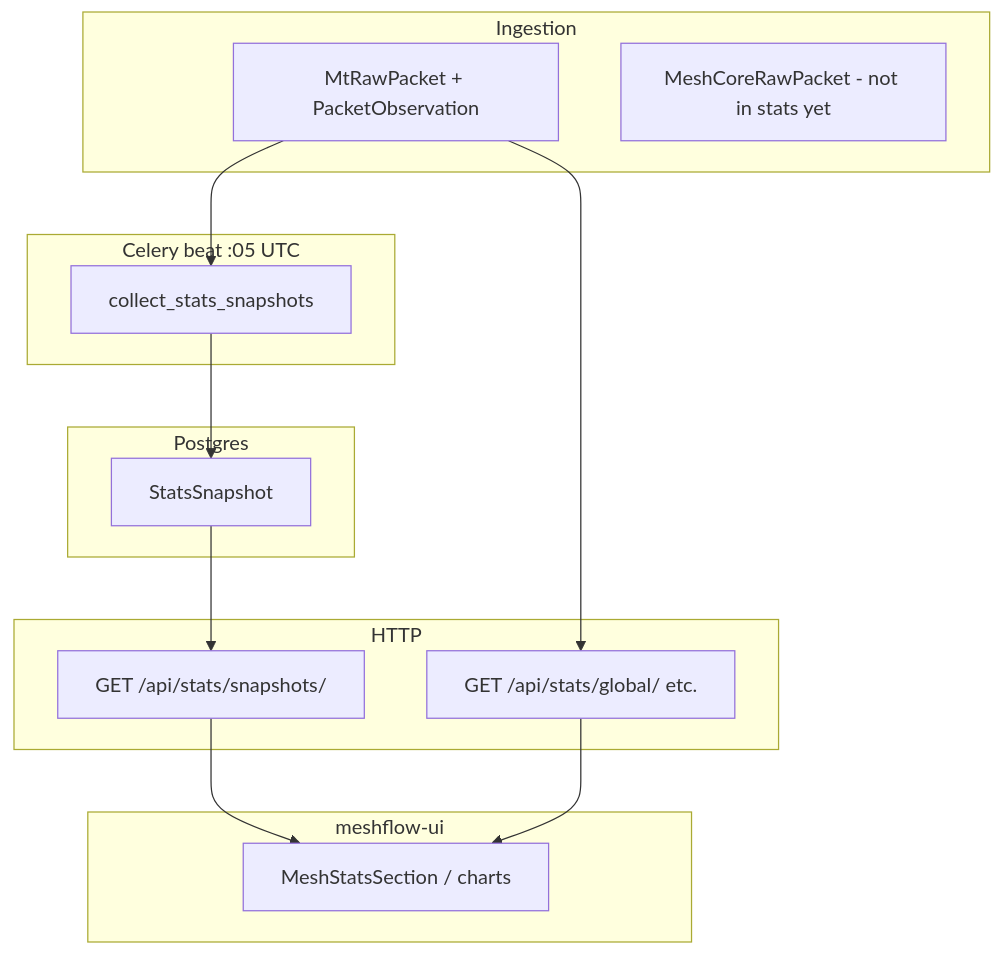
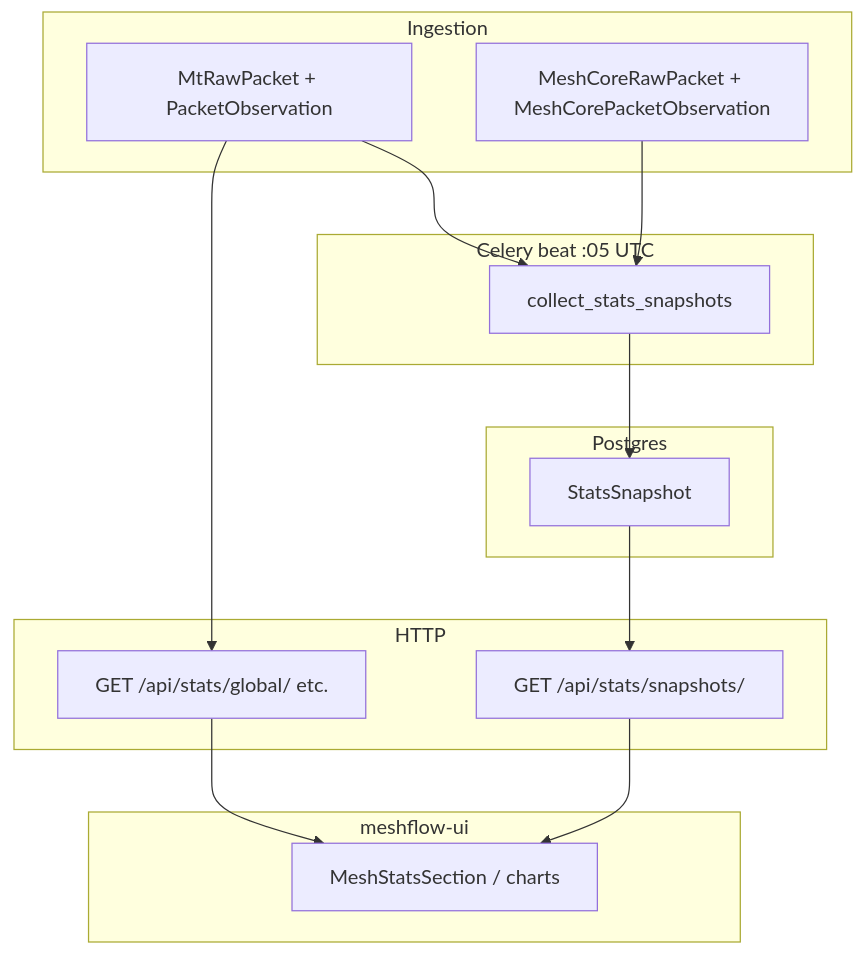
The diagram in docs/features/packet-stats/README.md (pskillen/meshflow-api), drawn with Mermaid before and after one commit. The commit also changed other lines of this file and 5 other files, not shown here.

Commit message:
docs(stats): packet-stats hub reflects MeshCore snapshots, decisions and gaps

````diff
--- a/docs/features/packet-stats/README.md
+++ b/docs/features/packet-stats/README.md
@@ -49,31 +44,32 @@
 ```mermaid
 flowchart TB
   subgraph ingest [Ingestion]
     MT[MtRawPacket + PacketObservation]
-    MC[MeshCoreRawPacket - not in stats yet]
+    MC[MeshCoreRawPacket + MeshCorePacketObservation]
   end
 
   subgraph celery [Celery beat :05 UTC]
     task[collect_stats_snapshots]
   end
 
   subgraph store [Postgres]
     snap[StatsSnapshot]
   end
 
   subgraph api [HTTP]
     list[GET /api/stats/snapshots/]
     live[GET /api/stats/global/ etc.]
   end
 
   subgraph ui [meshflow-ui]
     dash[MeshStatsSection / charts]
   end
 
   MT --> task
+  MC --> task
   task --> snap
   snap --> list
   MT --> live
   list --> dash
   live --> dash
 ```
````
